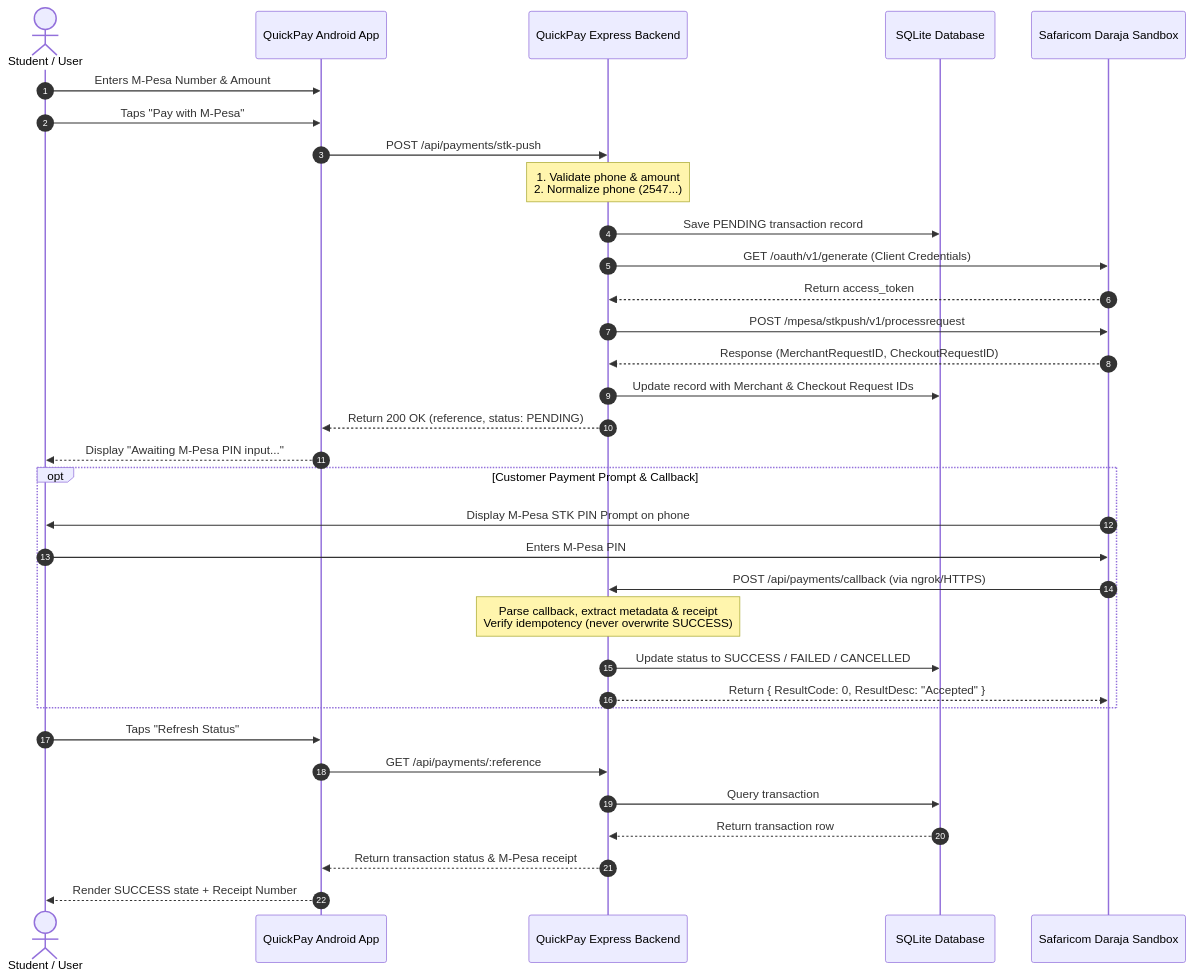
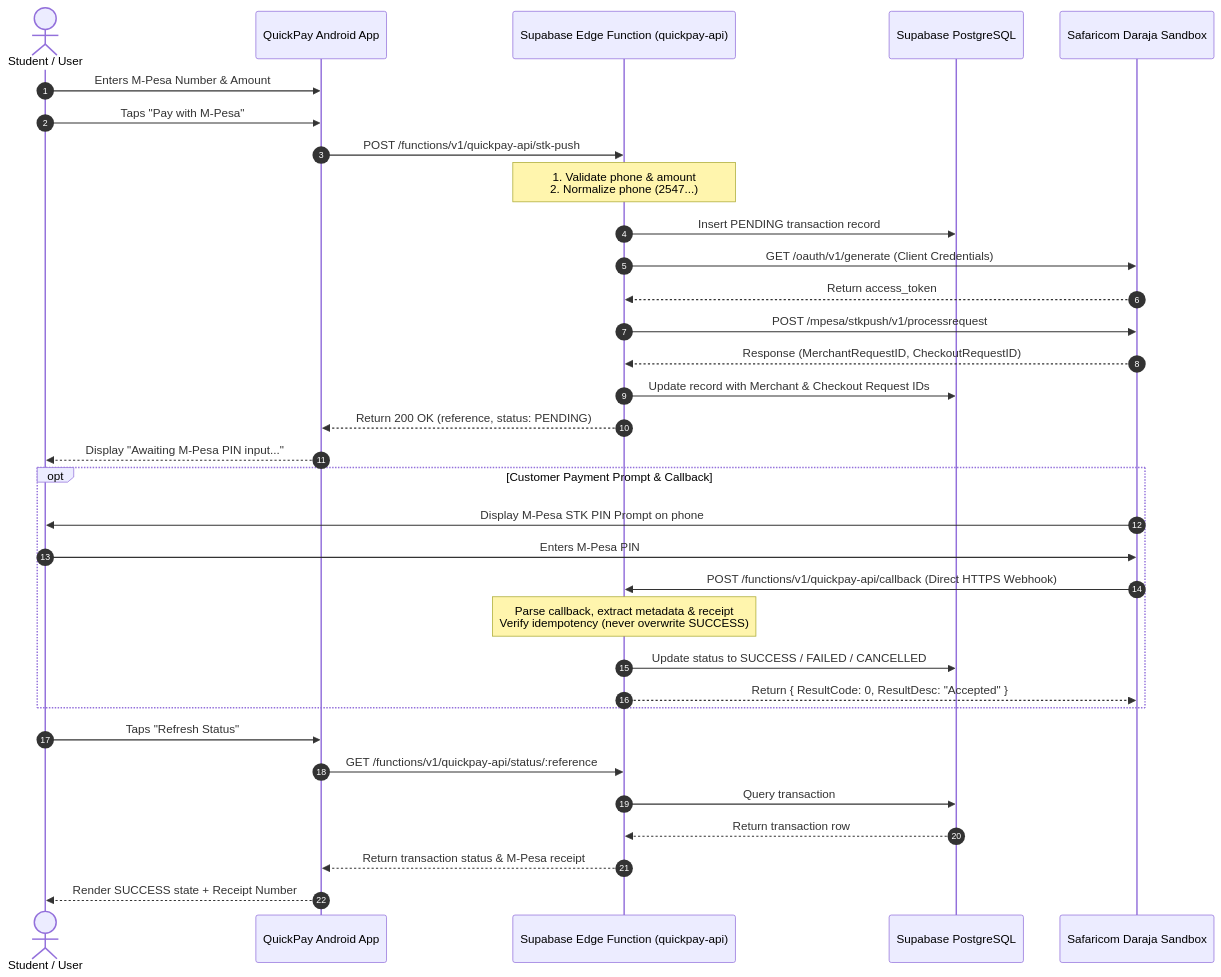
One commit to AmonCheruiyot/QuickPay changed the diagram in docs/architecture.md. Above: the diagram before and after it, drawn with Mermaid. The commit also changed other lines of this file and 27 other files, not shown here.

Commit message:
Migrate QuickPay backend to Supabase Edge Functions and PostgreSQL

````diff
--- a/docs/architecture.md
+++ b/docs/architecture.md
@@ -16,38 +16,38 @@
 ```mermaid
 sequenceDiagram
     autonumber
     actor User as Student / User
     participant Android as QuickPay Android App
-    participant Express as QuickPay Express Backend
-    participant DB as SQLite Database
+    participant Edge as Supabase Edge Function (quickpay-api)
+    participant DB as Supabase PostgreSQL
     participant Daraja as Safaricom Daraja Sandbox
 
     User->>Android: Enters M-Pesa Number & Amount
     User->>Android: Taps "Pay with M-Pesa"
-    Android->>Express: POST /api/payments/stk-push
-    Note over Express: 1. Validate phone & amount<br/>2. Normalize phone (2547...)
-    Express->>DB: Save PENDING transaction record
-    Express->>Daraja: GET /oauth/v1/generate (Client Credentials)
-    Daraja-->>Express: Return access_token
-    Express->>Daraja: POST /mpesa/stkpush/v1/processrequest
-    Daraja-->>Express: Response (MerchantRequestID, CheckoutRequestID)
-    Express->>DB: Update record with Merchant & Checkout Request IDs
-    Express-->>Android: Return 200 OK (reference, status: PENDING)
+    Android->>Edge: POST /functions/v1/quickpay-api/stk-push
+    Note over Edge: 1. Validate phone & amount<br/>2. Normalize phone (2547...)
+    Edge->>DB: Insert PENDING transaction record
+    Edge->>Daraja: GET /oauth/v1/generate (Client Credentials)
+    Daraja-->>Edge: Return access_token
+    Edge->>Daraja: POST /mpesa/stkpush/v1/processrequest
+    Daraja-->>Edge: Response (MerchantRequestID, CheckoutRequestID)
+    Edge->>DB: Update record with Merchant & Checkout Request IDs
+    Edge-->>Android: Return 200 OK (reference, status: PENDING)
     Android-->>User: Display "Awaiting M-Pesa PIN input..."
 
     opt Customer Payment Prompt & Callback
         Daraja->>User: Display M-Pesa STK PIN Prompt on phone
         User->>Daraja: Enters M-Pesa PIN
-        Daraja->>Express: POST /api/payments/callback (via ngrok/HTTPS)
-        Note over Express: Parse callback, extract metadata & receipt<br/>Verify idempotency (never overwrite SUCCESS)
-        Express->>DB: Update status to SUCCESS / FAILED / CANCELLED
-        Express-->>Daraja: Return { ResultCode: 0, ResultDesc: "Accepted" }
+        Daraja->>Edge: POST /functions/v1/quickpay-api/callback (Direct HTTPS Webhook)
+        Note over Edge: Parse callback, extract metadata & receipt<br/>Verify idempotency (never overwrite SUCCESS)
+        Edge->>DB: Update status to SUCCESS / FAILED / CANCELLED
+        Edge-->>Daraja: Return { ResultCode: 0, ResultDesc: "Accepted" }
     end
 
     User->>Android: Taps "Refresh Status"
-    Android->>Express: GET /api/payments/:reference
-    Express->>DB: Query transaction
-    DB-->>Express: Return transaction row
-    Express-->>Android: Return transaction status & M-Pesa receipt
+    Android->>Edge: GET /functions/v1/quickpay-api/status/:reference
+    Edge->>DB: Query transaction
+    DB-->>Edge: Return transaction row
+    Edge-->>Android: Return transaction status & M-Pesa receipt
     Android-->>User: Render SUCCESS state + Receipt Number
 ```
````
